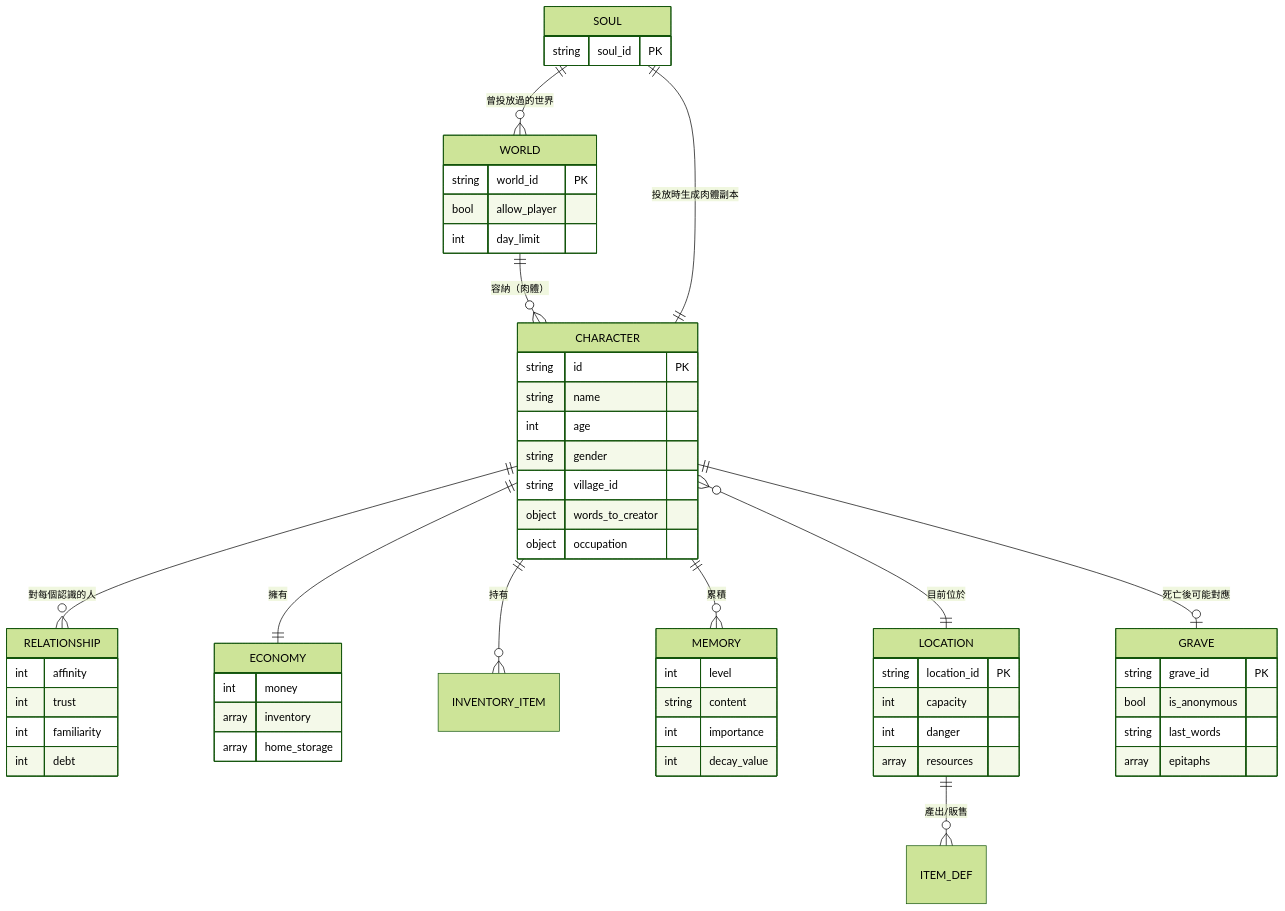
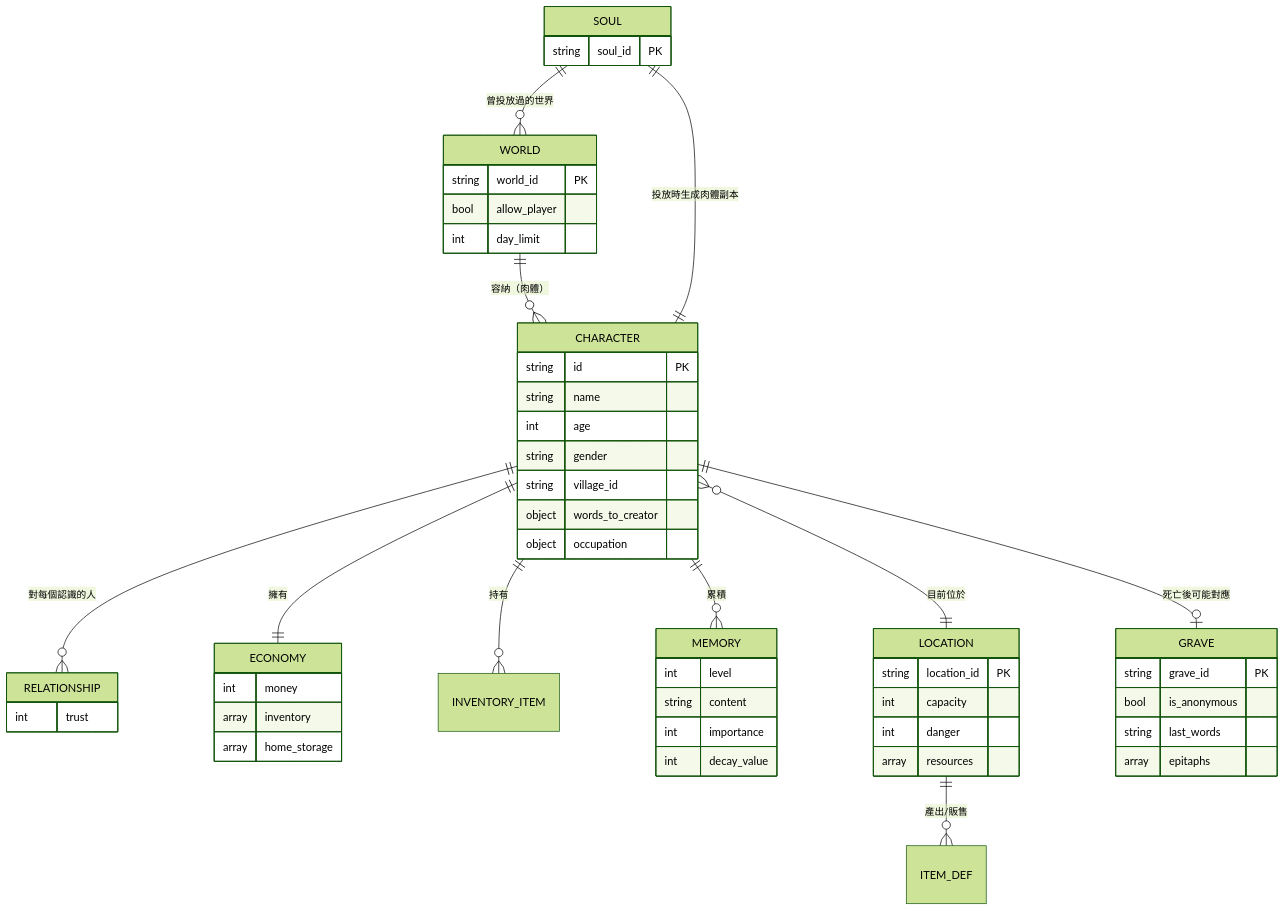
The third of 7 diagrams in note/規格書/13_系統分析與系統設計.md (adez360/Ailley), drawn with Mermaid (forest theme) before and after one commit. The commit also changed 15 other files, not shown here.

````diff
--- a/note/規格書/13_系統分析與系統設計.md
+++ b/note/規格書/13_系統分析與系統設計.md
@@ -161,60 +161,57 @@
 ```mermaid
 erDiagram
     CHARACTER ||--o{ RELATIONSHIP : "對每個認識的人"
     CHARACTER ||--|| ECONOMY : "擁有"
     CHARACTER ||--o{ INVENTORY_ITEM : "持有"
     CHARACTER ||--o{ MEMORY : "累積"
     CHARACTER }o--|| LOCATION : "目前位於"
     CHARACTER ||--o| GRAVE : "死亡後可能對應"
     LOCATION ||--o{ ITEM_DEF : "產出/販售"
     WORLD ||--o{ CHARACTER : "容納（肉體）"
     SOUL ||--o{ WORLD : "曾投放過的世界"
     SOUL ||--|| CHARACTER : "投放時生成肉體副本"
 
     CHARACTER {
         string id PK
         string name
         int age
         string gender
         string village_id
         object words_to_creator
         object occupation
     }
     RELATIONSHIP {
-        int affinity
         int trust
-        int familiarity
-        int debt
     }
     ECONOMY {
         int money
         array inventory
         array home_storage
     }
     MEMORY {
         int level
         string content
         int importance
         int decay_value
     }
     LOCATION {
         string location_id PK
         int capacity
         int danger
         array resources
     }
     GRAVE {
         string grave_id PK
         bool is_anonymous
         string last_words
         array epitaphs
     }
     WORLD {
         string world_id PK
         bool allow_player
         int day_limit
     }
     SOUL {
         string soul_id PK
     }
 ```
````
